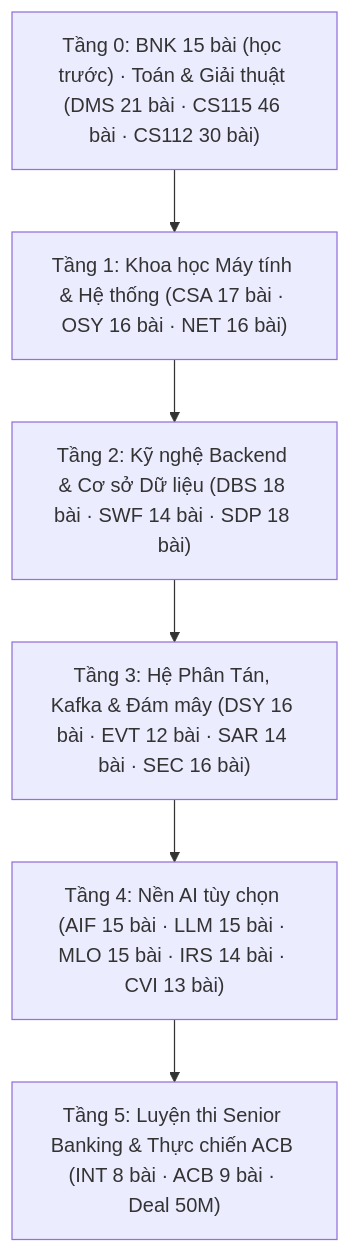
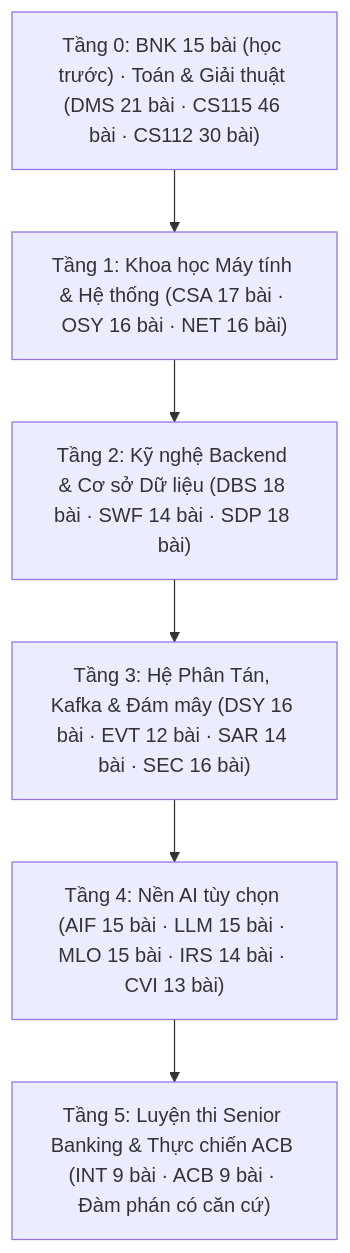
One commit to ducpm196/research-video changed the diagram in interview/SOURCE_CODE_VIDEO_MAP.md. Above: the diagram before and after it, drawn with Mermaid. The commit also changed other lines of this file and 1651 other files, not shown here.

````diff
--- a/interview/SOURCE_CODE_VIDEO_MAP.md
+++ b/interview/SOURCE_CODE_VIDEO_MAP.md
@@ -42,11 +42,11 @@
 ```mermaid
 flowchart TD
     T0["Tầng 0: BNK 15 bài (học trước) · Toán & Giải thuật (DMS 21 bài · CS115 46 bài · CS112 30 bài)"]
     T1["Tầng 1: Khoa học Máy tính & Hệ thống (CSA 17 bài · OSY 16 bài · NET 16 bài)"]
     T2["Tầng 2: Kỹ nghệ Backend & Cơ sở Dữ liệu (DBS 18 bài · SWF 14 bài · SDP 18 bài)"]
     T3["Tầng 3: Hệ Phân Tán, Kafka & Đám mây (DSY 16 bài · EVT 12 bài · SAR 14 bài · SEC 16 bài)"]
     T4["Tầng 4: Nền AI tùy chọn (AIF 15 bài · LLM 15 bài · MLO 15 bài · IRS 14 bài · CVI 13 bài)"]
-    T5["Tầng 5: Luyện thi Senior Banking & Thực chiến ACB (INT 8 bài · ACB 9 bài · Deal 50M)"]
+    T5["Tầng 5: Luyện thi Senior Banking & Thực chiến ACB (INT 9 bài · ACB 9 bài · Đàm phán có căn cứ)"]
 
     T0 --> T1 --> T2 --> T3 --> T4 --> T5
 ```
````
